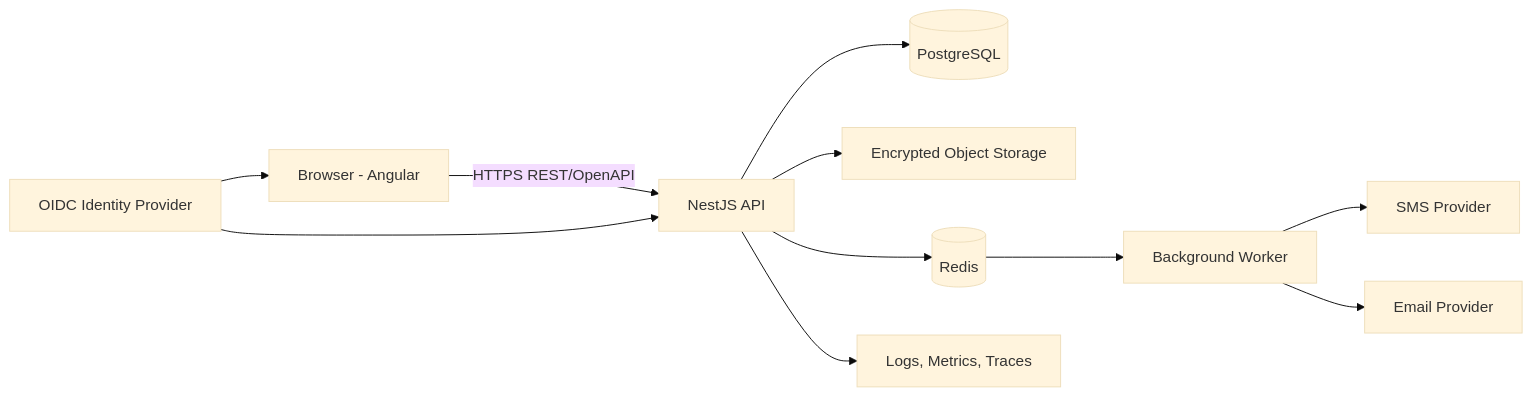
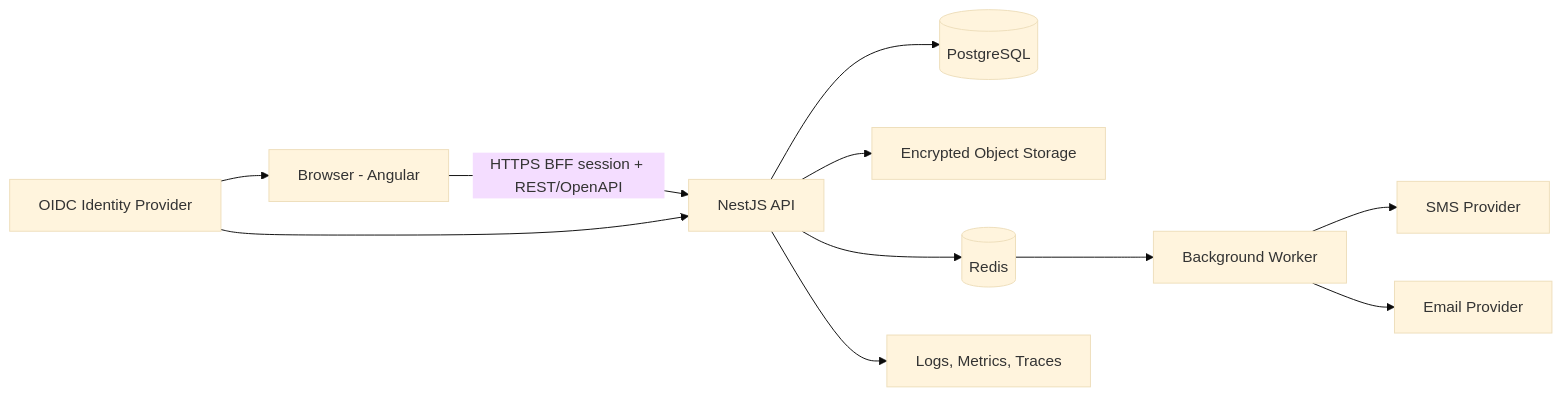
The diagram in docs/04-architecture/00-software-design-document.md (aliyasoubi/dentix), drawn with Mermaid (base theme) before and after one commit. The commit also changed other lines of this file and 77 other files, not shown here.

````diff
--- a/docs/04-architecture/00-software-design-document.md
+++ b/docs/04-architecture/00-software-design-document.md
@@ -154,13 +127,13 @@
 ```mermaid
 flowchart LR
-    U[Browser - Angular] -->|HTTPS REST/OpenAPI| API[NestJS API]
+    U[Browser - Angular] -->|HTTPS BFF session + REST/OpenAPI| API[NestJS API]
     API --> DB[(PostgreSQL)]
     API --> OBJ[Encrypted Object Storage]
     API --> REDIS[(Redis)]
     REDIS --> WORKER[Background Worker]
     WORKER --> SMS[SMS Provider]
     WORKER --> EMAIL[Email Provider]
     IDP[OIDC Identity Provider] --> U
     IDP --> API
     API --> OBS[Logs, Metrics, Traces]
 ```
````
